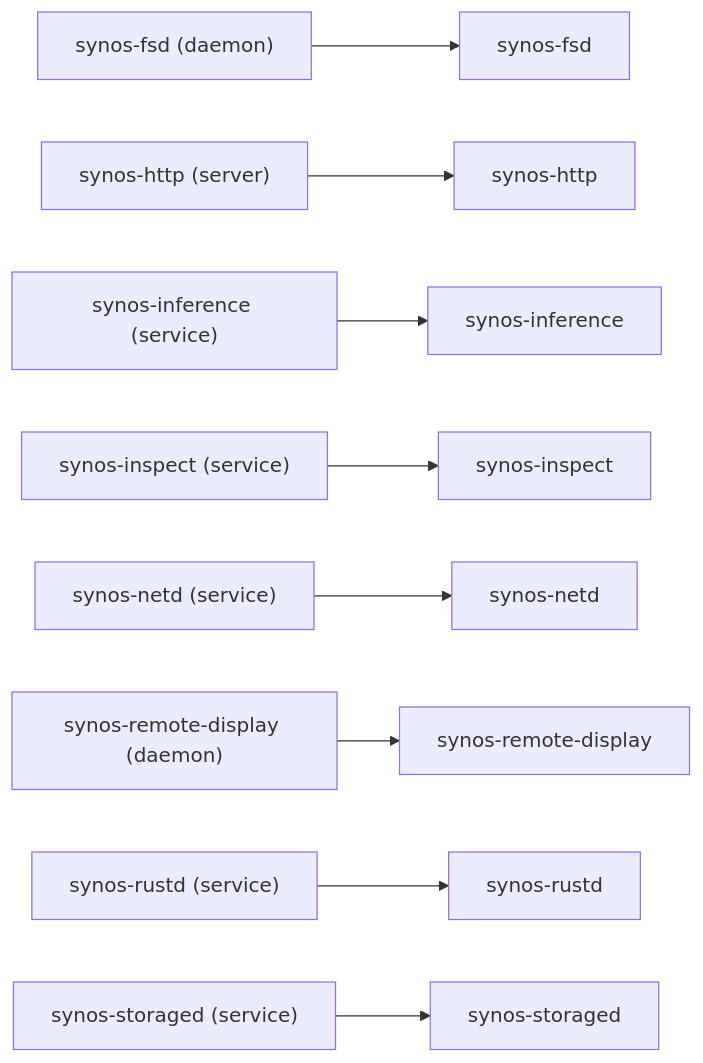
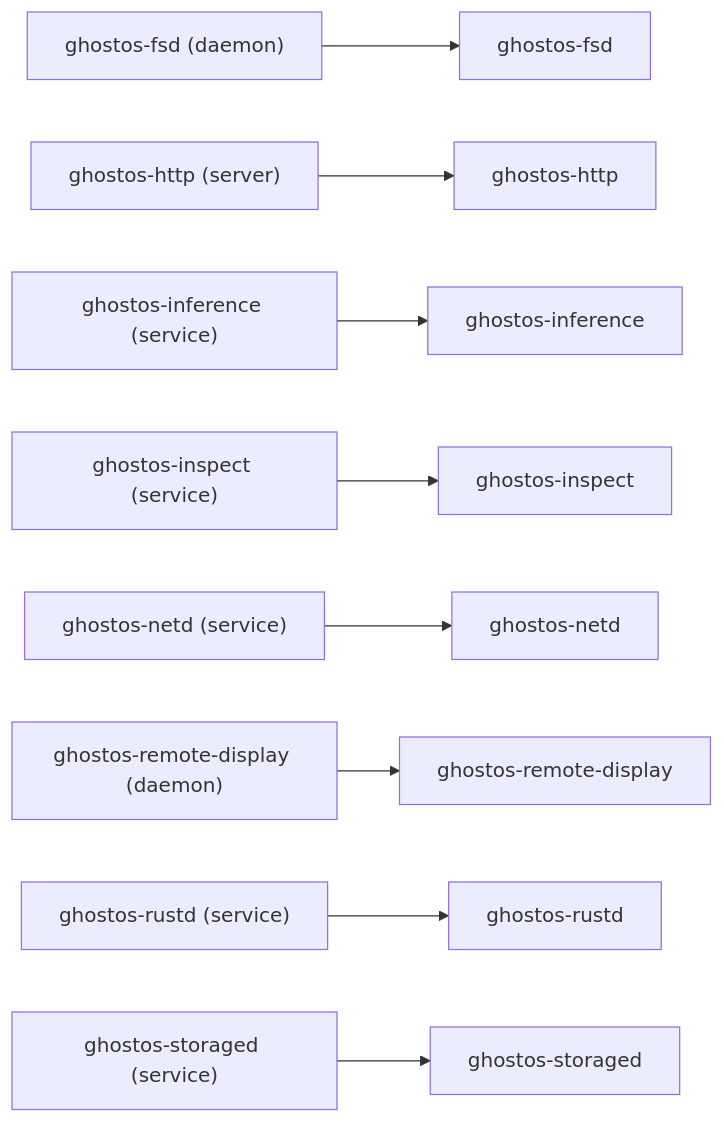
One commit to MickyBalladelli/GhostOS changed the second of 6 diagrams in docs/inventory-diagrams.md. Above: the diagram before and after it, drawn with Mermaid. The commit also changed other lines of this file and 941 other files, not shown here.

````diff
--- a/docs/inventory-diagrams.md
+++ b/docs/inventory-diagrams.md
@@ -346,27 +346,27 @@
 ```mermaid
 graph LR
-    service_crate__synos_fsd["synos-fsd"]
-    service_crate__synos_http["synos-http"]
-    service_crate__synos_inference["synos-inference"]
-    service_crate__synos_inspect["synos-inspect"]
-    service_crate__synos_netd["synos-netd"]
-    service_crate__synos_remote_display["synos-remote-display"]
-    service_crate__synos_rustd["synos-rustd"]
-    service_crate__synos_storaged["synos-storaged"]
-    service_synos_fsd__crates_fsd_src_daemon_rs["synos-fsd (daemon)"]
-    service_synos_http__crates_http_src_server_rs["synos-http (server)"]
-    service_synos_inference__crates_synos_inference_src_service_rs["synos-inference (service)"]
-    service_synos_inspect__crates_synos_inspect_src_service_rs["synos-inspect (service)"]
-    service_synos_netd__crates_netd_src_service_rs["synos-netd (service)"]
-    service_synos_remote_display__crates_synos_remote_display_src_daemon_rs["synos-remote-display (daemon)"]
-    service_synos_rustd__crates_synos_rustd_src_boot_rs["synos-rustd (service)"]
-    service_synos_storaged__crates_synos_storaged_src_service_rs["synos-storaged (service)"]
-    service_synos_fsd__crates_fsd_src_daemon_rs --> service_crate__synos_fsd
-    service_synos_http__crates_http_src_server_rs --> service_crate__synos_http
-    service_synos_inference__crates_synos_inference_src_service_rs --> service_crate__synos_inference
-    service_synos_inspect__crates_synos_inspect_src_service_rs --> service_crate__synos_inspect
-    service_synos_netd__crates_netd_src_service_rs --> service_crate__synos_netd
-    service_synos_remote_display__crates_synos_remote_display_src_daemon_rs --> service_crate__synos_remote_display
-    service_synos_rustd__crates_synos_rustd_src_boot_rs --> service_crate__synos_rustd
-    service_synos_storaged__crates_synos_storaged_src_service_rs --> service_crate__synos_storaged
+    service_crate__ghostos_fsd["ghostos-fsd"]
+    service_crate__ghostos_http["ghostos-http"]
+    service_crate__ghostos_inference["ghostos-inference"]
+    service_crate__ghostos_inspect["ghostos-inspect"]
+    service_crate__ghostos_netd["ghostos-netd"]
+    service_crate__ghostos_remote_display["ghostos-remote-display"]
+    service_crate__ghostos_rustd["ghostos-rustd"]
+    service_crate__ghostos_storaged["ghostos-storaged"]
+    service_ghostos_fsd__crates_fsd_src_daemon_rs["ghostos-fsd (daemon)"]
+    service_ghostos_http__crates_http_src_server_rs["ghostos-http (server)"]
+    service_ghostos_inference__crates_ghostos_inference_src_service_rs["ghostos-inference (service)"]
+    service_ghostos_inspect__crates_ghostos_inspect_src_service_rs["ghostos-inspect (service)"]
+    service_ghostos_netd__crates_netd_src_service_rs["ghostos-netd (service)"]
+    service_ghostos_remote_display__crates_ghostos_remote_display_src_daemon_rs["ghostos-remote-display (daemon)"]
+    service_ghostos_rustd__crates_ghostos_rustd_src_boot_rs["ghostos-rustd (service)"]
+    service_ghostos_storaged__crates_ghostos_storaged_src_service_rs["ghostos-storaged (service)"]
+    service_ghostos_fsd__crates_fsd_src_daemon_rs --> service_crate__ghostos_fsd
+    service_ghostos_http__crates_http_src_server_rs --> service_crate__ghostos_http
+    service_ghostos_inference__crates_ghostos_inference_src_service_rs --> service_crate__ghostos_inference
+    service_ghostos_inspect__crates_ghostos_inspect_src_service_rs --> service_crate__ghostos_inspect
+    service_ghostos_netd__crates_netd_src_service_rs --> service_crate__ghostos_netd
+    service_ghostos_remote_display__crates_ghostos_remote_display_src_daemon_rs --> service_crate__ghostos_remote_display
+    service_ghostos_rustd__crates_ghostos_rustd_src_boot_rs --> service_crate__ghostos_rustd
+    service_ghostos_storaged__crates_ghostos_storaged_src_service_rs --> service_crate__ghostos_storaged
 ```
````
